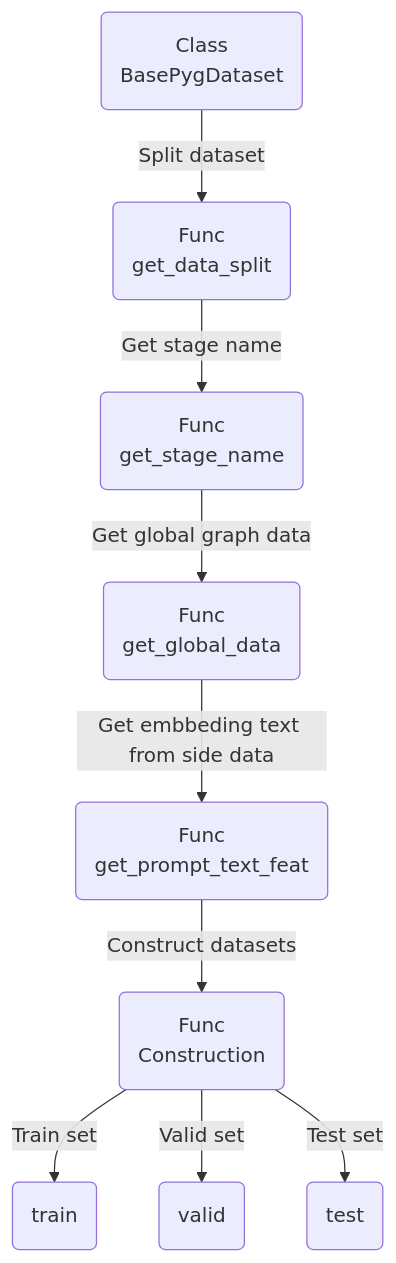
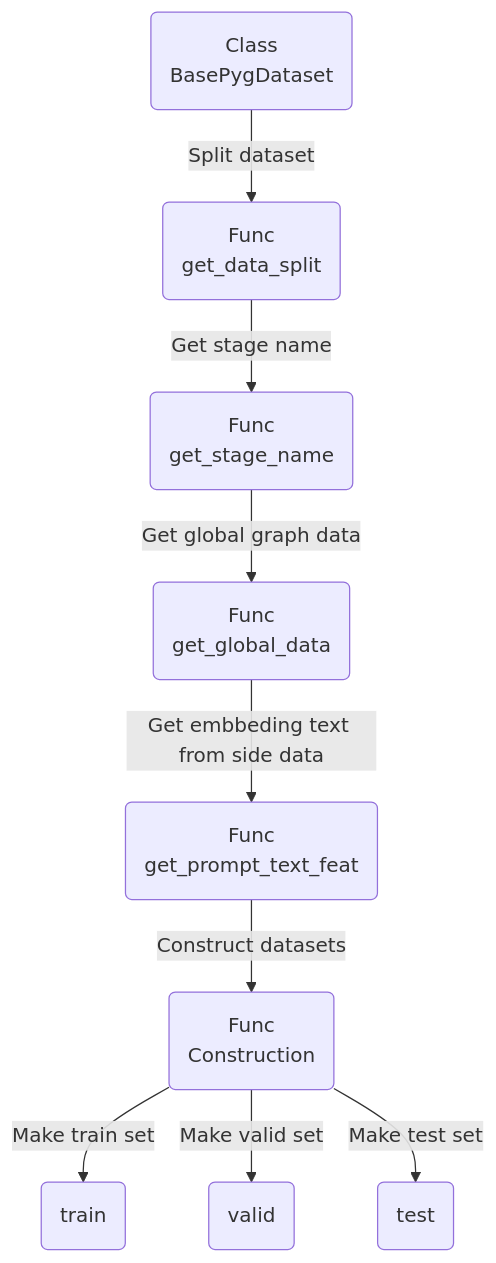
Before and after one commit to 0217ljh/Knowledge_graph_with_LLM_encoding: the first of 2 diagrams in markdown/5.LLM_encoding_and_prompt_node.md, drawn with Mermaid. The commit also changed other lines of this file and 30 other files, not shown here.

````diff
--- a/markdown/5.LLM_encoding_and_prompt_node.md
+++ b/markdown/5.LLM_encoding_and_prompt_node.md
@@ -372,25 +373,25 @@
 ```mermaid
 graph TB
 A("Class
 BasePygDataset") -->|Split dataset| B("Func
 get_data_split")
 B("Func
 get_data_split") -->|Get stage name| C("Func
 get_stage_name")
 C("Func
 get_stage_name") -->|Get global graph data| D("Func
 get_global_data")
 D("Func
 get_global_data") --> |Get embbeding text from side data| E("Func
 get_prompt_text_feat")
 E("Func
 get_prompt_text_feat") --> |Construct datasets| F("Func
 Construction")
 F("Func
-Construction")  --> |Train set| G1("train")
+Construction")  --> |Make train set| G1("train")
 F("Func
-Construction")  --> |Valid set| G2("valid")
+Construction")  --> |Make valid set| G2("valid")
 F("Func
-Construction")  --> |Test set| G3("test")
+Construction")  --> |Make test set| G3("test")
 
 ```
````
